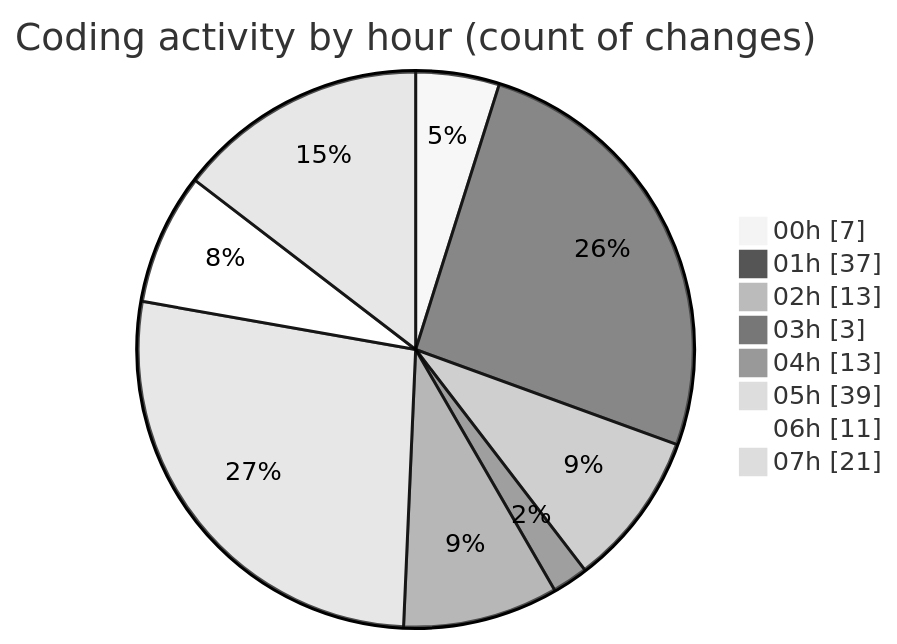
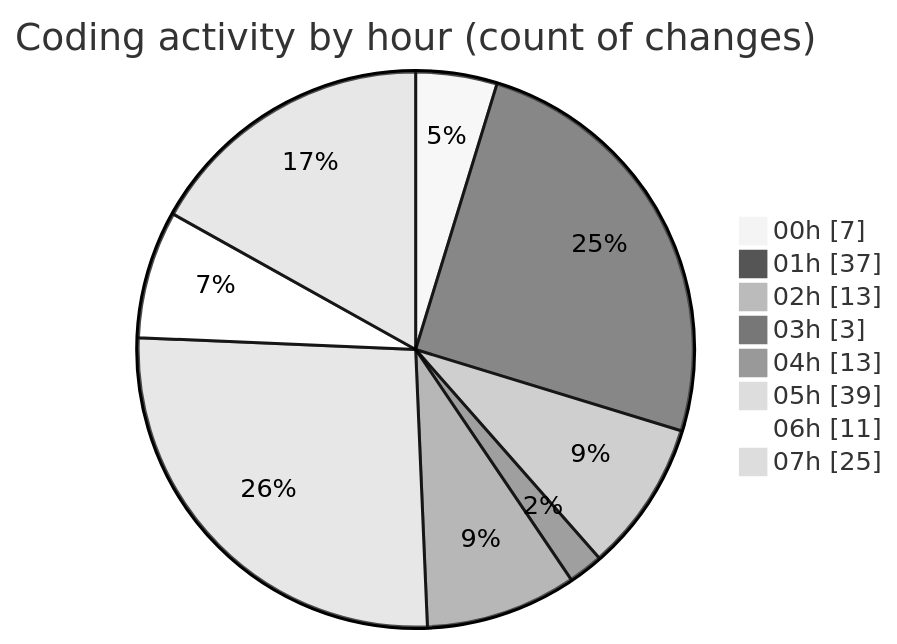
The second of 2 diagrams in 2025-02-23/micros/README.md (charlie-sans/code-tracking), drawn with Mermaid (neutral theme) before and after one commit. The commit also changed other lines of this file and 1 other file, not shown here.

````diff
--- a/2025-02-23/micros/README.md
+++ b/2025-02-23/micros/README.md
@@ -64,12 +64,12 @@
 ```mermaid
 pie showData
 title Coding activity by hour (count of changes)
 "00h" : 7
 "01h" : 37
 "02h" : 13
 "03h" : 3
 "04h" : 13
 "05h" : 39
 "06h" : 11
-"07h" : 21
+"07h" : 25
 ```
````
